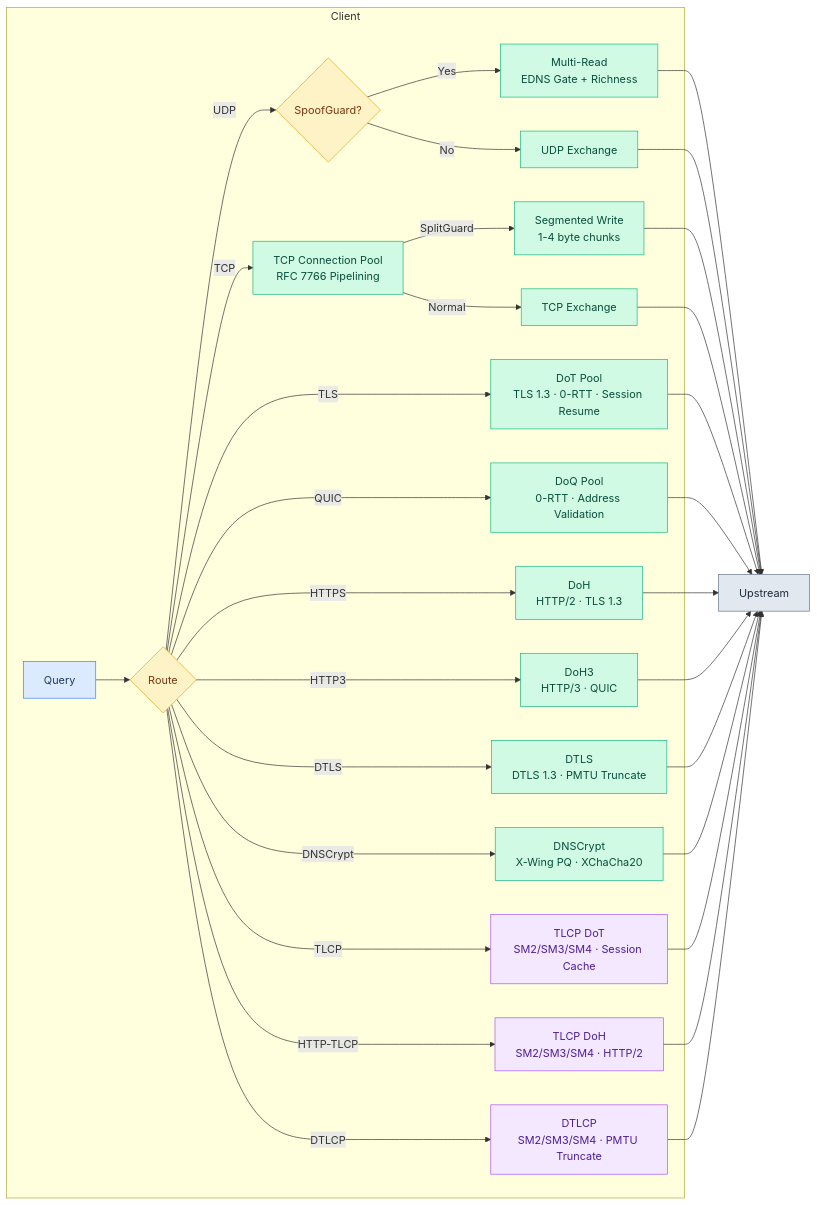
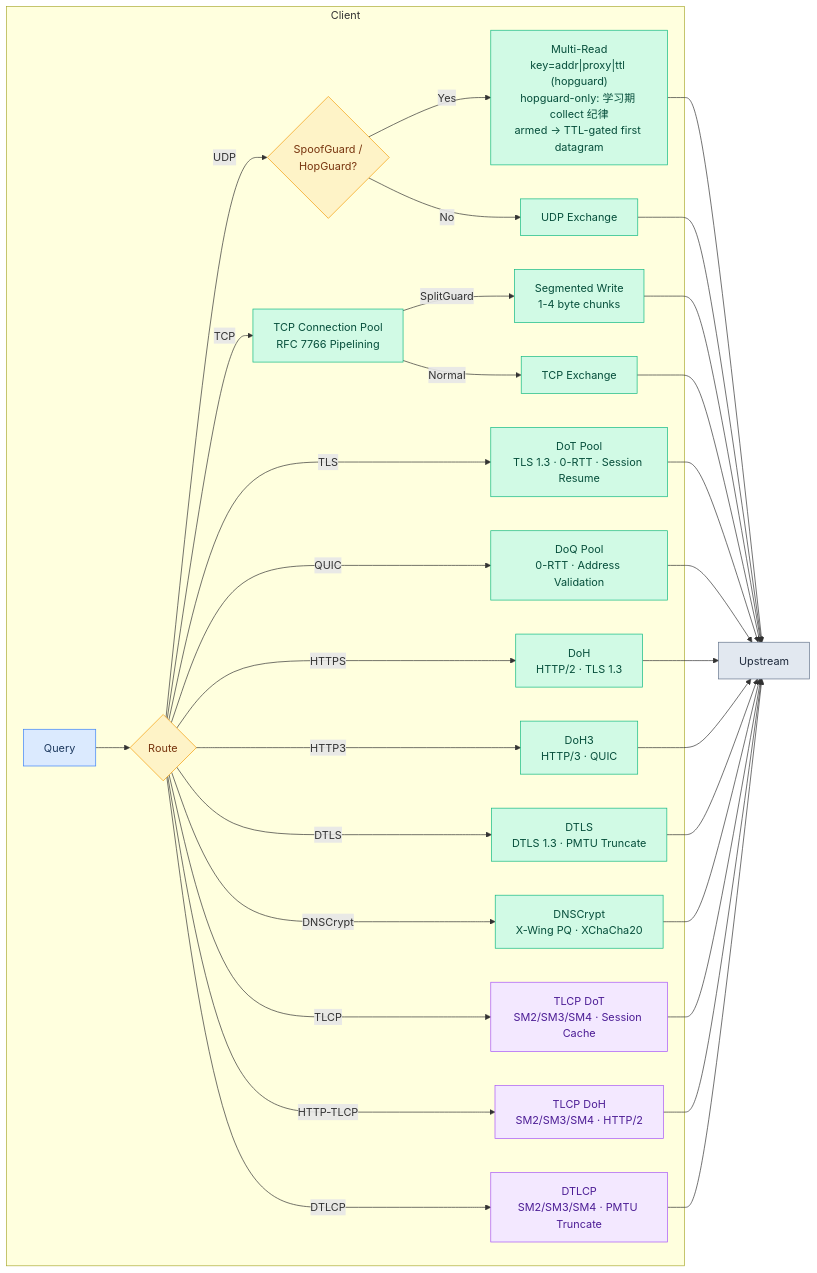
Diagram 30 of 37 in docs/FLOWCHARTS.md (hezhijie0327/ZJDNS), drawn with Mermaid before and after one commit. The commit also changed other lines of this file and 25 other files, not shown here.

````diff
--- a/docs/FLOWCHARTS.md
+++ b/docs/FLOWCHARTS.md
@@ -890,44 +891,44 @@
 ```mermaid
 graph LR
     subgraph Client
         Q[Query] --> ROUTE{Route}
-        ROUTE -->|UDP| SPOOF{SpoofGuard?}
-        SPOOF -->|Yes| MULTI[Multi-Read<br/>EDNS Gate + Richness]
+        ROUTE -->|UDP| SPOOF{SpoofGuard /<br/>HopGuard?}
+        SPOOF -->|Yes| MULTI["Multi-Read<br/>key=addr|proxy|ttl (hopguard)<br/>hopguard-only: 学习期 collect 纪律<br/>armed → TTL-gated first datagram"]
         SPOOF -->|No| UDP[UDP Exchange]
         ROUTE -->|TCP| POOL[TCP Connection Pool<br/>RFC 7766 Pipelining]
         POOL -->|SplitGuard| SEG[Segmented Write<br/>1-4 byte chunks]
         POOL -->|Normal| TCP[TCP Exchange]
         ROUTE -->|TLS| DOT[DoT Pool<br/>TLS 1.3 · 0-RTT · Session Resume]
         ROUTE -->|QUIC| DOQ[DoQ Pool<br/>0-RTT · Address Validation]
         ROUTE -->|HTTPS| DOH[DoH<br/>HTTP/2 · TLS 1.3]
         ROUTE -->|HTTP3| DOH3[DoH3<br/>HTTP/3 · QUIC]
         ROUTE -->|DTLS| DTLS[DTLS<br/>DTLS 1.3 · PMTU Truncate]
         ROUTE -->|DNSCrypt| DCRYPT[DNSCrypt<br/>X-Wing PQ · XChaCha20]
         ROUTE -->|TLCP| TLCP[TLCP DoT<br/>SM2/SM3/SM4 · Session Cache]
         ROUTE -->|HTTP-TLCP| TLCPDOH[TLCP DoH<br/>SM2/SM3/SM4 · HTTP/2]
         ROUTE -->|DTLCP| DTLCP[DTLCP<br/>SM2/SM3/SM4 · PMTU Truncate]
     end
     MULTI --> UP[Upstream]
     UDP --> UP
     SEG --> UP
     TCP --> UP
     DOT --> UP
     DOQ --> UP
     DOH --> UP
     DOH3 --> UP
     DTLS --> UP
     DCRYPT --> UP
     TLCP --> UP
     TLCPDOH --> UP
     DTLCP --> UP
     classDef query fill:#dbeafe,stroke:#3b82f6,color:#1e3a5f
     classDef route fill:#fef3c7,stroke:#f59e0b,color:#78350f
     classDef proto fill:#d1fae5,stroke:#10b981,color:#064e3b
     classDef gm fill:#f3e8ff,stroke:#a855f7,color:#4c1d95
     classDef ext fill:#e2e8f0,stroke:#64748b,color:#1e293b
     class Q query
     class ROUTE,SPOOF route
     class MULTI,UDP,POOL,SEG,TCP,DOT,DOQ,DOH,DOH3,DTLS,DCRYPT proto
     class TLCP,TLCPDOH,DTLCP gm
     class UP ext
 ```
````
